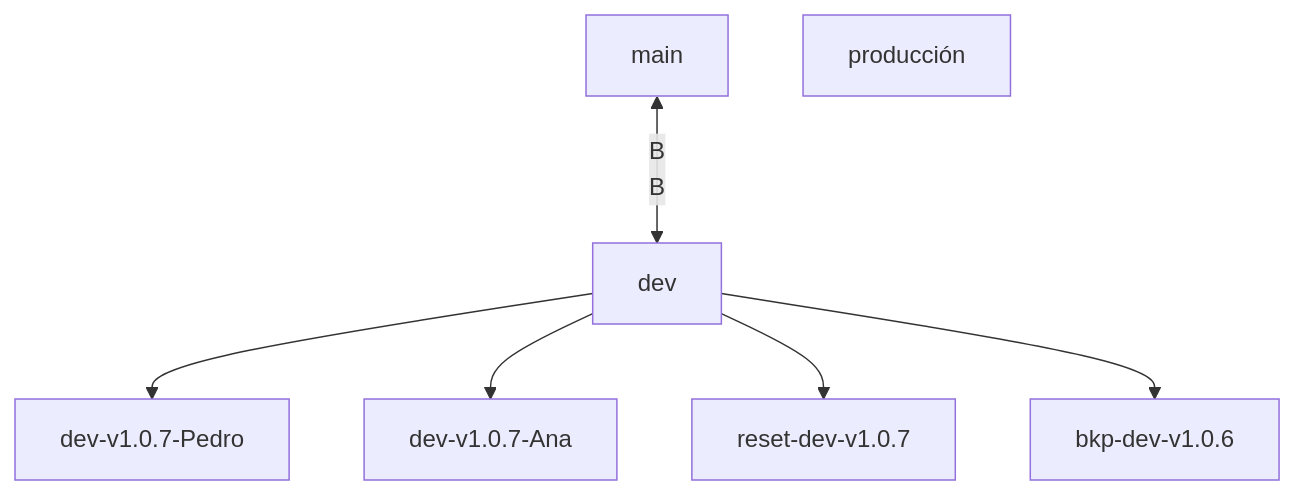
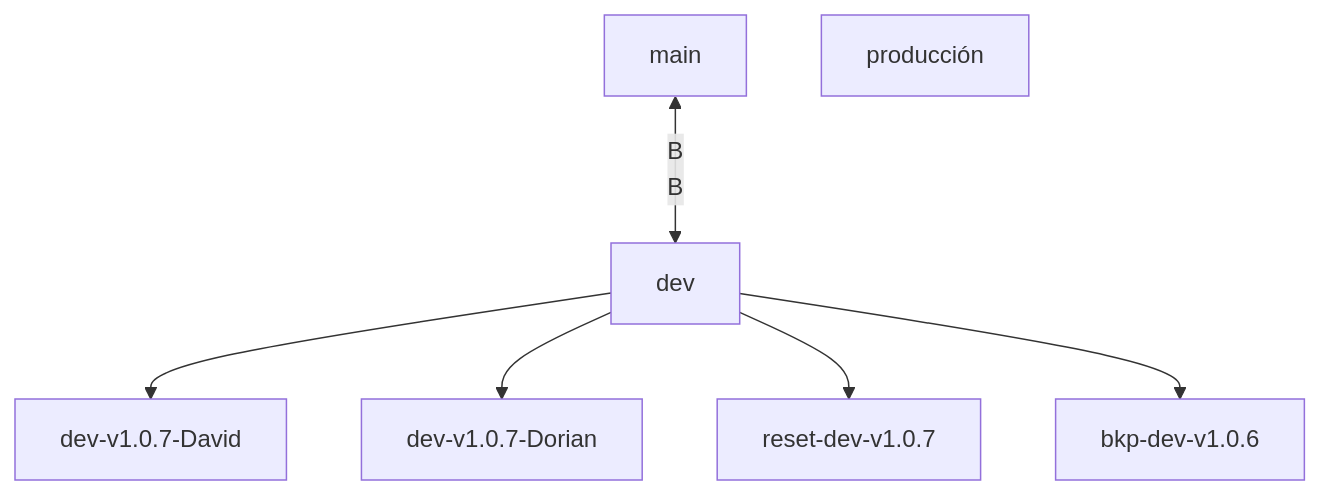
One commit to dorianprogrammer/SINPEConectaCR changed the diagram in docs/architecture/branching-strategy.md. Above: the diagram before and after it, drawn with Mermaid. The commit also changed other lines of this file, not shown here.

````diff
--- a/docs/architecture/branching-strategy.md
+++ b/docs/architecture/branching-strategy.md
@@ -84,17 +84,17 @@
 ```mermaid
 graph TD
     A[main]
     B[producción]
     C[dev]
-    D1[dev-v1.0.7-Pedro]
-    D2[dev-v1.0.7-Ana]
+    D1[dev-v1.0.7-David]
+    D2[dev-v1.0.7-Dorian]
     E1[reset-dev-v1.0.7]
     E2[bkp-dev-v1.0.6]
 
     A <-- B
     B --> C
     C --> D1
     C --> D2
     C --> E1
     C --> E2
 ```
````
